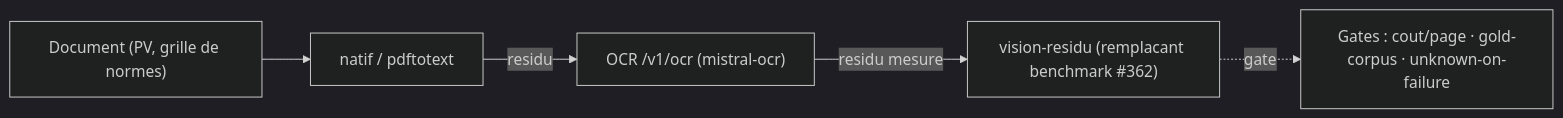
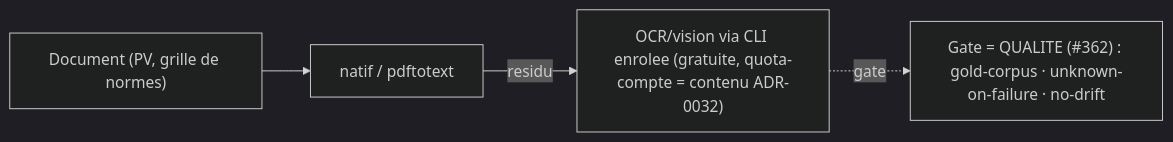
The eighth of 13 diagrams in docs/design/DOSSIER_PIPELINE_END_TO_END_GEO_FIRST.md (rhanka/geo), drawn with Mermaid (dark theme) before and after one commit. The commit also changed other lines of this file, not shown here.

First line of the commit message:
docs(wp6): dossier — aligne le reframe OCR owner (§2.6 + §7 GATE#1)

````diff
--- a/docs/design/DOSSIER_PIPELINE_END_TO_END_GEO_FIRST.md
+++ b/docs/design/DOSSIER_PIPELINE_END_TO_END_GEO_FIRST.md
@@ -181,7 +185,6 @@
 ```mermaid
 flowchart LR
   DOC["Document (PV, grille de normes)"] --> N["natif / pdftotext"]
-  N -->|"residu"| OCR["OCR /v1/ocr (mistral-ocr)"]
-  OCR -->|"residu mesure"| VIS["vision-residu (remplacant benchmark #362)"]
-  VIS -. gate .-> G["Gates : cout/page · gold-corpus · unknown-on-failure"]
+  N -->|"residu"| VIS["OCR/vision via CLI enrolee (gratuite, quota-compte = contenu ADR-0032)"]
+  VIS -. gate .-> G["Gate = QUALITE (#362) : gold-corpus · unknown-on-failure · no-drift"]
 ```
````
